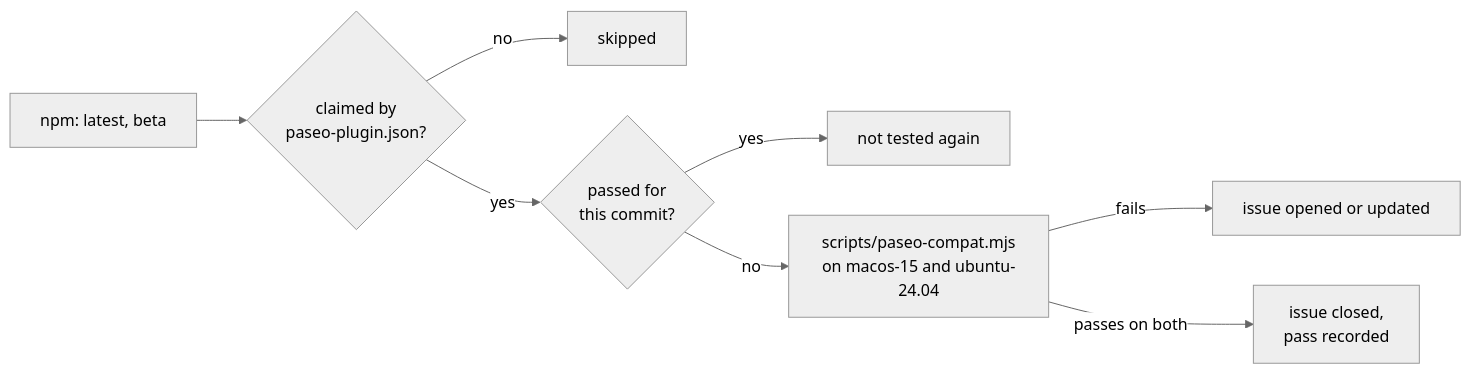
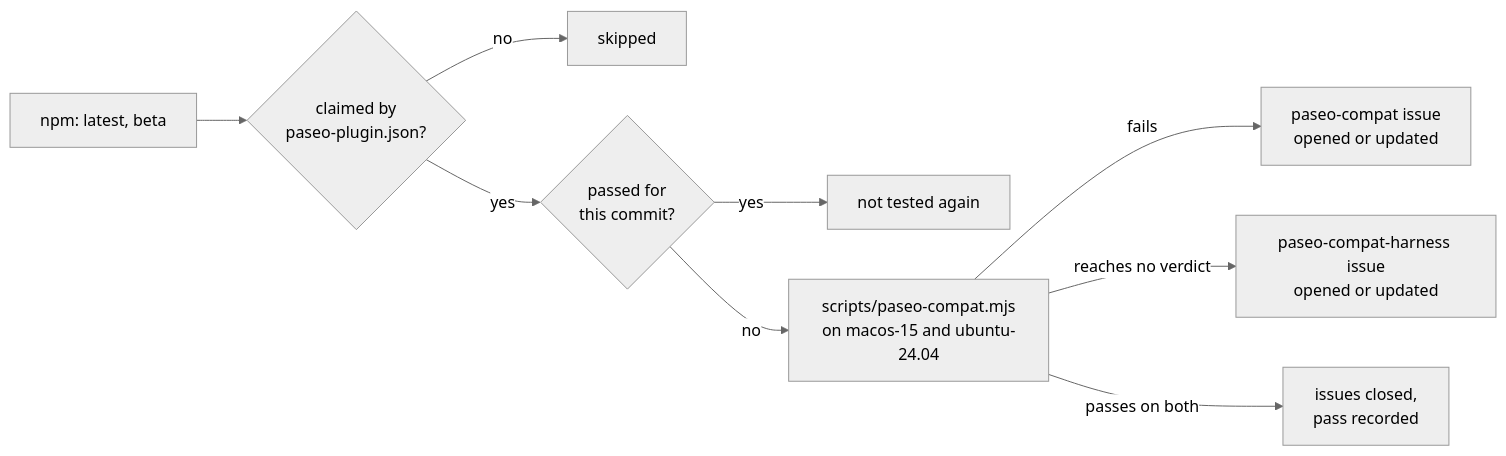
One commit to dutchakdev/paseo-plugin-secure-input changed the diagram in CONTRIBUTING.md. Above: the diagram before and after it, drawn with Mermaid (neutral theme). The commit also changed other lines of this file and 21 other files, not shown here.

````diff
--- a/CONTRIBUTING.md
+++ b/CONTRIBUTING.md
@@ -66,10 +66,11 @@
 ```mermaid
 flowchart LR
   T["npm: latest, beta"] --> C{"claimed by<br/>paseo-plugin.json?"}
   C -- no --> S["skipped"]
   C -- yes --> K{"passed for<br/>this commit?"}
   K -- yes --> N["not tested again"]
   K -- no --> R["scripts/paseo-compat.mjs<br/>on macos-15 and ubuntu-24.04"]
-  R -- fails --> I["issue opened or updated"]
-  R -- passes on both --> P["issue closed,<br/>pass recorded"]
+  R -- fails --> I["paseo-compat issue<br/>opened or updated"]
+  R -- reaches no verdict --> H["paseo-compat-harness issue<br/>opened or updated"]
+  R -- passes on both --> P["issues closed,<br/>pass recorded"]
 ```
````
